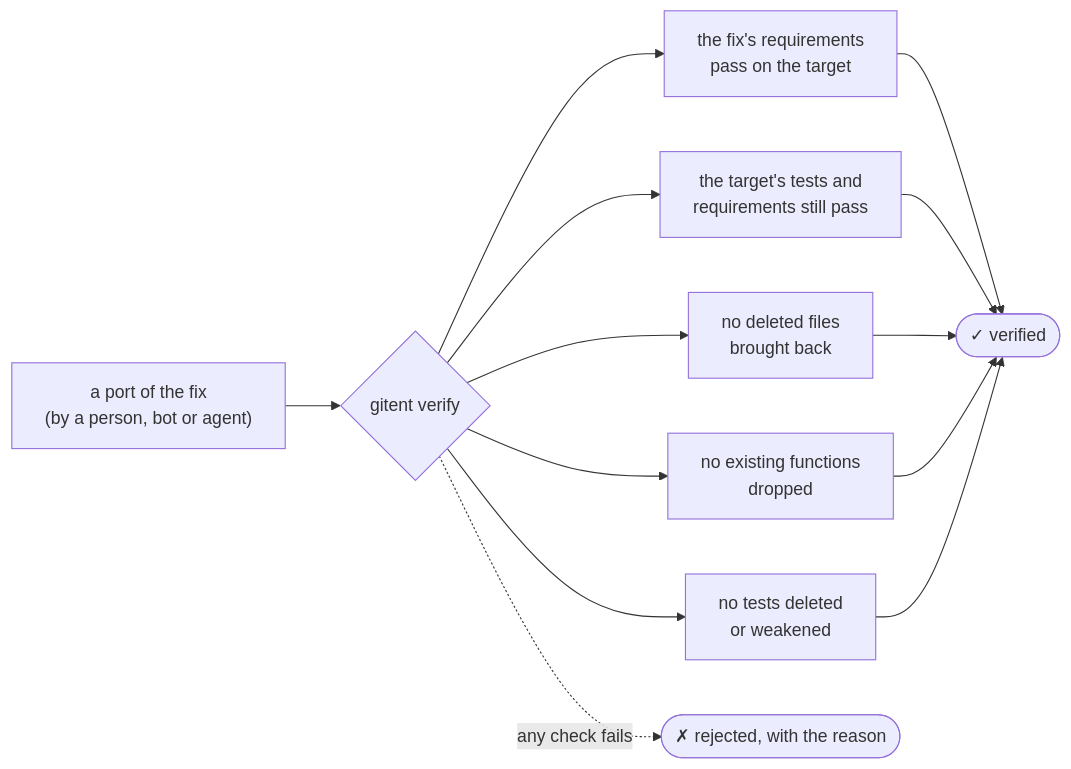
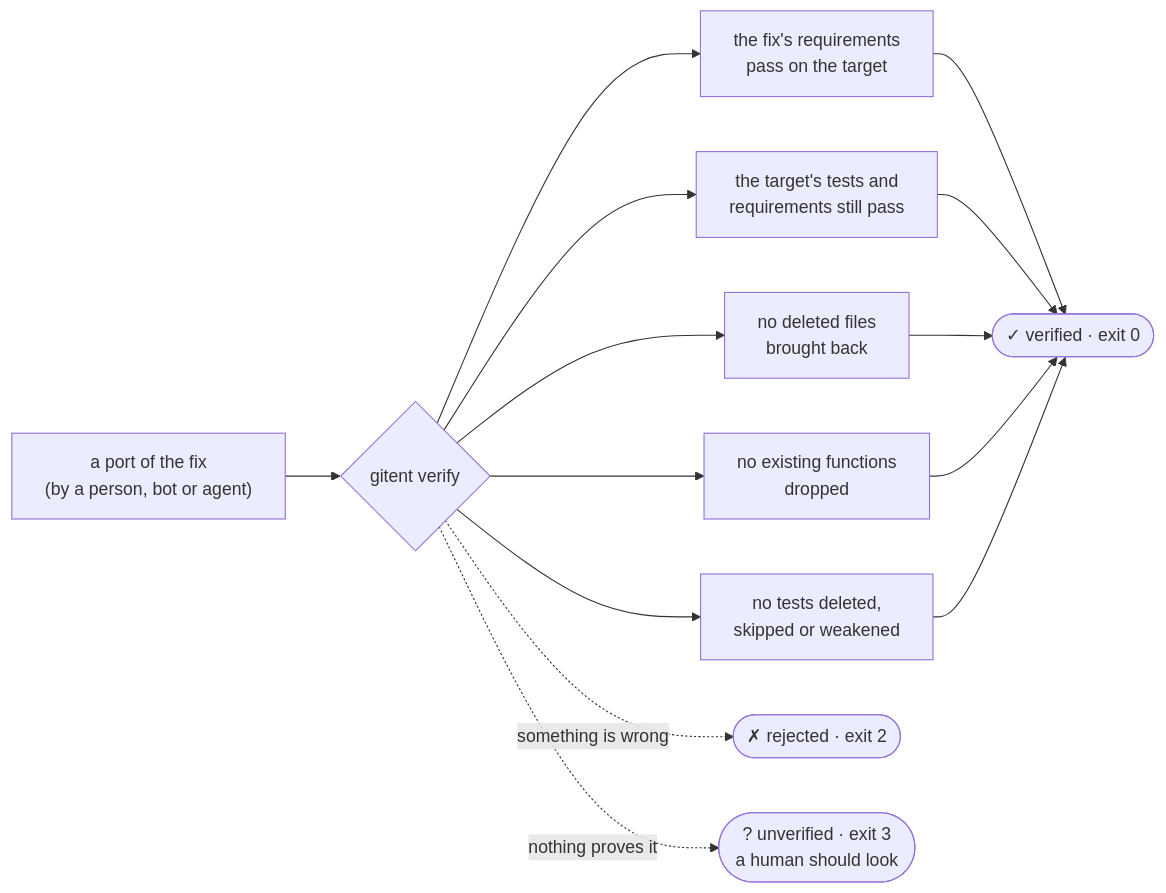
Before and after one commit to eladb3/gitent: the second of 3 diagrams in README.md, drawn with Mermaid. The commit also changed other lines of this file and 3 other files, not shown here.

````diff
--- a/README.md
+++ b/README.md
@@ -65,11 +65,12 @@
 ```mermaid
 flowchart LR
   P["a port of the fix<br/>(by a person, bot or agent)"] --> V{gitent verify}
   V --> R1["the fix's requirements<br/>pass on the target"]
   V --> R2["the target's tests and<br/>requirements still pass"]
   V --> R3["no deleted files<br/>brought back"]
   V --> R4["no existing functions<br/>dropped"]
-  V --> R5["no tests deleted<br/>or weakened"]
-  R1 & R2 & R3 & R4 & R5 --> OK(["✓ verified"])
-  V -. any check fails .-> NO(["✗ rejected, with the reason"])
+  V --> R5["no tests deleted,<br/>skipped or weakened"]
+  R1 & R2 & R3 & R4 & R5 --> OK(["✓ verified · exit 0"])
+  V -. something is wrong .-> NO(["✗ rejected · exit 2"])
+  V -. nothing proves it .-> RV(["? unverified · exit 3<br/>a human should look"])
 ```
````
